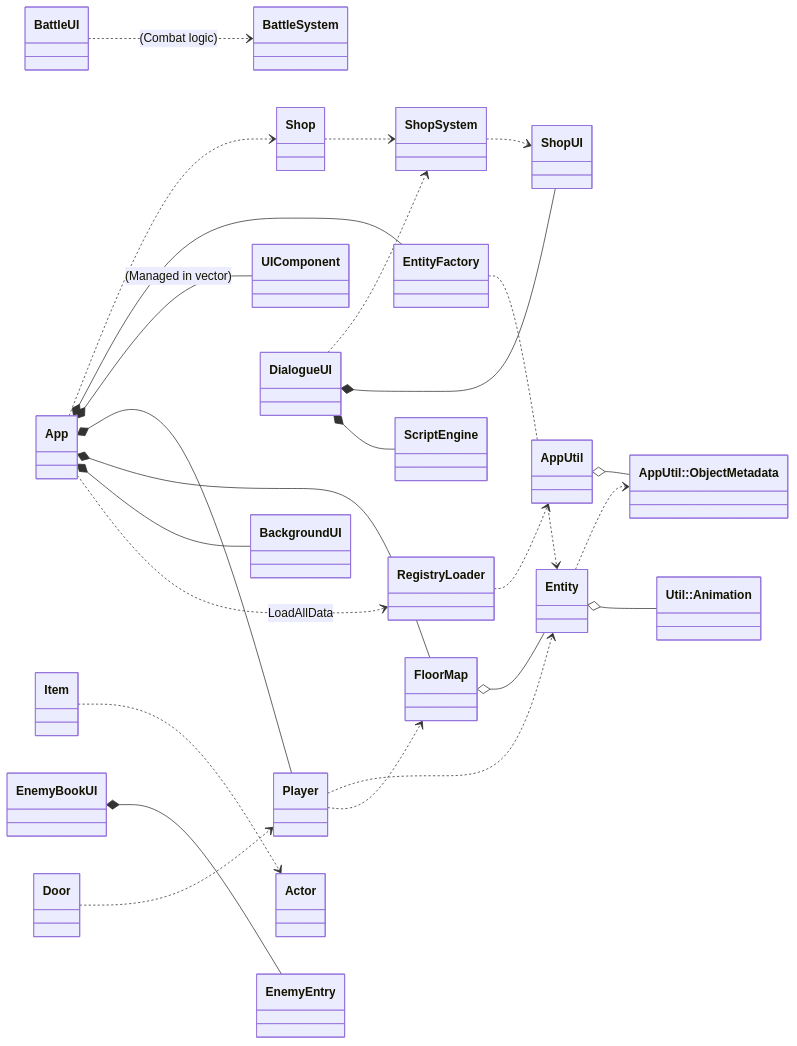
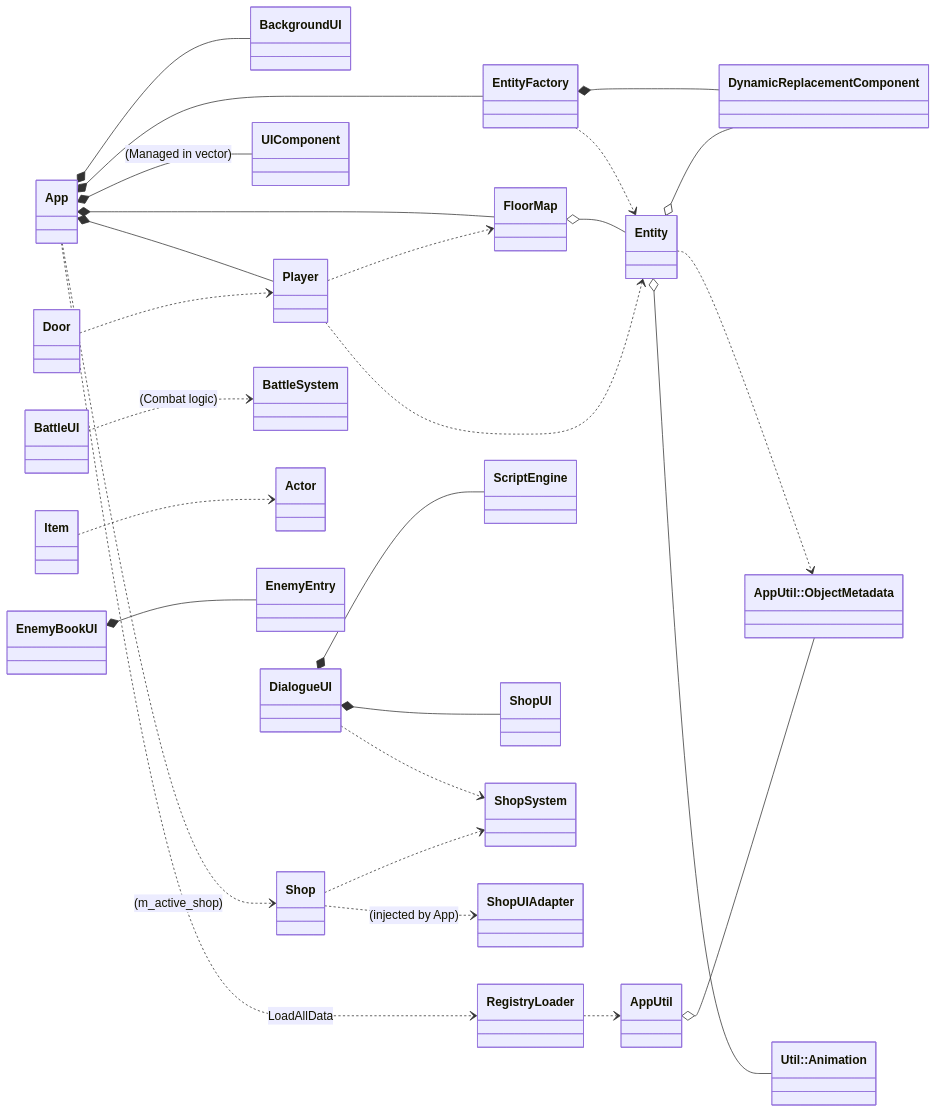
The fifth of 5 diagrams in Constructure.md (XWJWPIY/schoolwork_recreate_magic_tower), drawn with Mermaid before and after one commit. The commit also changed other lines of this file and 8 other files, not shown here.

````diff
--- a/Constructure.md
+++ b/Constructure.md
@@ -586,37 +687,39 @@
 ```mermaid
 classDiagram
     direction LR
     class Animation["Util::Animation"]
     class ObjectMetadata["AppUtil::ObjectMetadata"]
 
     App ..> RegistryLoader : LoadAllData
     App *-- BackgroundUI
     App *-- FloorMap
     App *-- Player
     App *-- UIComponent : (Managed in vector)
     App *-- EntityFactory
-    App ..> Shop
+    App ..> Shop : (m_active_shop)
 
     DialogueUI *-- ScriptEngine
     DialogueUI *-- ShopUI
     DialogueUI ..> ShopSystem
-    ShopSystem ..> ShopUI
     Shop ..> ShopSystem
+    Shop ..> ShopUIAdapter : (injected by App)
     BattleUI ..> BattleSystem : (Combat logic)
 
     EntityFactory ..> Entity
+    EntityFactory *-- DynamicReplacementComponent
     FloorMap o-- Entity
     Entity o-- Animation
+    Entity o-- DynamicReplacementComponent
     Entity ..> ObjectMetadata
 
     Player ..> FloorMap
     Player ..> Entity
     Door ..> Player
     Item ..> Actor
 
     class EnemyEntry
     EnemyBookUI *-- EnemyEntry
 
     RegistryLoader ..> AppUtil
     AppUtil o-- ObjectMetadata
 ```
````
